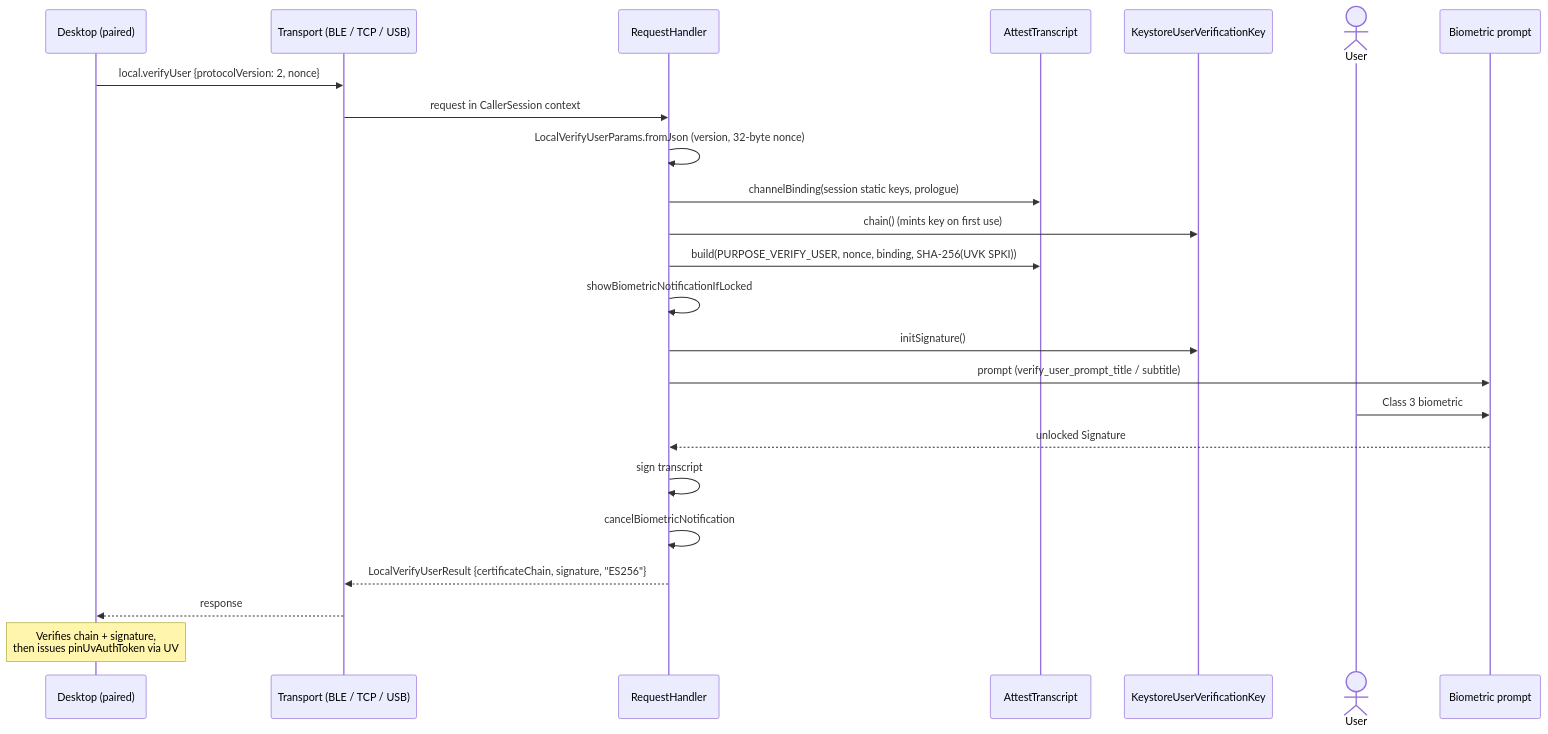
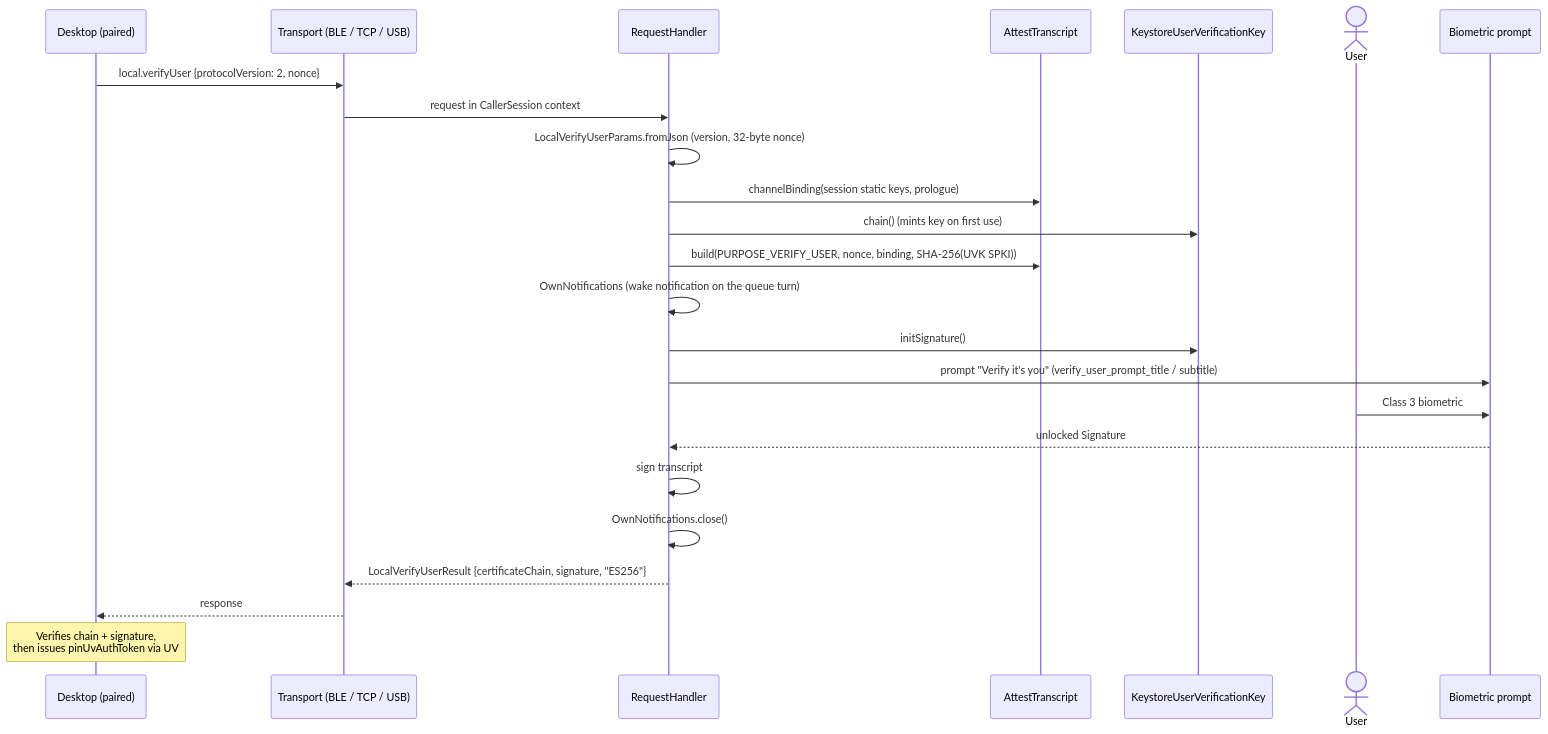
Before and after one commit to jeremyhahn/xkey-android: the diagram in docs/fido2-built-in-uv/architecture.md, drawn with Mermaid. The commit also changed other lines of this file and 39 other files, not shown here.

````diff
--- a/docs/fido2-built-in-uv/architecture.md
+++ b/docs/fido2-built-in-uv/architecture.md
@@ -55,27 +57,27 @@
 ```mermaid
 sequenceDiagram
     participant Desk as Desktop (paired)
     participant T as Transport (BLE / TCP / USB)
     participant H as RequestHandler
     participant AT as AttestTranscript
     participant UVK as KeystoreUserVerificationKey
     actor User
     participant BP as Biometric prompt
 
     Desk->>T: local.verifyUser {protocolVersion: 2, nonce}
     T->>H: request in CallerSession context
     H->>H: LocalVerifyUserParams.fromJson (version, 32-byte nonce)
     H->>AT: channelBinding(session static keys, prologue)
     H->>UVK: chain() (mints key on first use)
     H->>AT: build(PURPOSE_VERIFY_USER, nonce, binding, SHA-256(UVK SPKI))
-    H->>H: showBiometricNotificationIfLocked
+    H->>H: OwnNotifications (wake notification on the queue turn)
     H->>UVK: initSignature()
-    H->>BP: prompt (verify_user_prompt_title / subtitle)
+    H->>BP: prompt "Verify it's you" (verify_user_prompt_title / subtitle)
     User->>BP: Class 3 biometric
     BP-->>H: unlocked Signature
     H->>H: sign transcript
-    H->>H: cancelBiometricNotification
+    H->>H: OwnNotifications.close()
     H-->>T: LocalVerifyUserResult {certificateChain, signature, "ES256"}
     T-->>Desk: response
     Note over Desk: Verifies chain + signature,<br/>then issues pinUvAuthToken via UV
 ```
````
